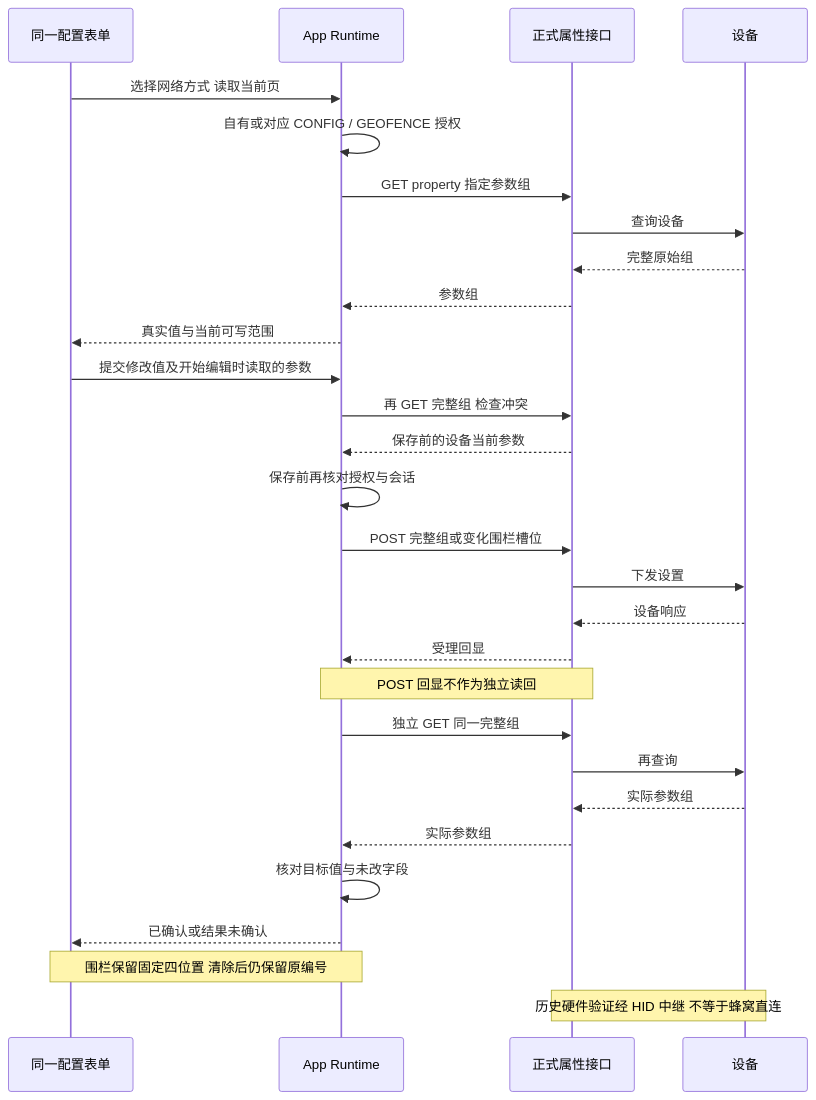
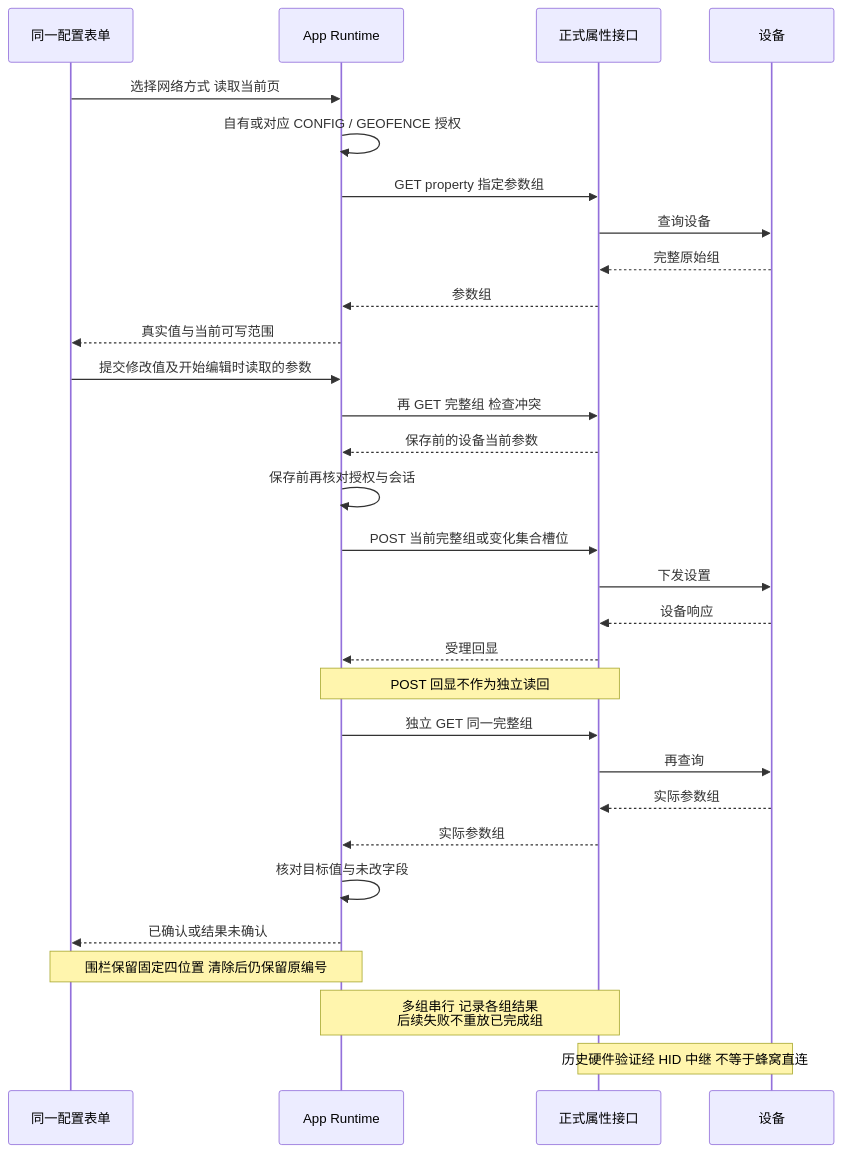
One commit to jarLiao/eview-connect-c-app-prototype changed the diagram in guides/configuration-sequence.mmd. Above: the diagram before and after it, drawn with Mermaid. The commit also changed 38 other files, not shown here.

```diff
--- a/guides/configuration-sequence.mmd
+++ b/guides/configuration-sequence.mmd
@@ -1,29 +1,30 @@
 sequenceDiagram
     participant UI as 同一配置表单
     participant Native as App Runtime
     participant API as 正式属性接口
     participant Device as 设备
     UI->>Native: 选择网络方式 读取当前页
     Native->>Native: 自有或对应 CONFIG / GEOFENCE 授权
     Native->>API: GET property 指定参数组
     API->>Device: 查询设备
     Device-->>API: 完整原始组
     API-->>Native: 参数组
     Native-->>UI: 真实值与当前可写范围
     UI->>Native: 提交修改值及开始编辑时读取的参数
     Native->>API: 再 GET 完整组 检查冲突
     API-->>Native: 保存前的设备当前参数
     Native->>Native: 保存前再核对授权与会话
-    Native->>API: POST 完整组或变化围栏槽位
+    Native->>API: POST 当前完整组或变化集合槽位
     API->>Device: 下发设置
     Device-->>API: 设备响应
     API-->>Native: 受理回显
     Note over Native,API: POST 回显不作为独立读回
     Native->>API: 独立 GET 同一完整组
     API->>Device: 再查询
     Device-->>API: 实际参数组
     API-->>Native: 实际参数组
     Native->>Native: 核对目标值与未改字段
     Native-->>UI: 已确认或结果未确认
     Note over UI,Native: 围栏保留固定四位置 清除后仍保留原编号
+    Note over Native,API: 多组串行 记录各组结果<br/>后续失败不重放已完成组
     Note over API,Device: 历史硬件验证经 HID 中继 不等于蜂窝直连
```
